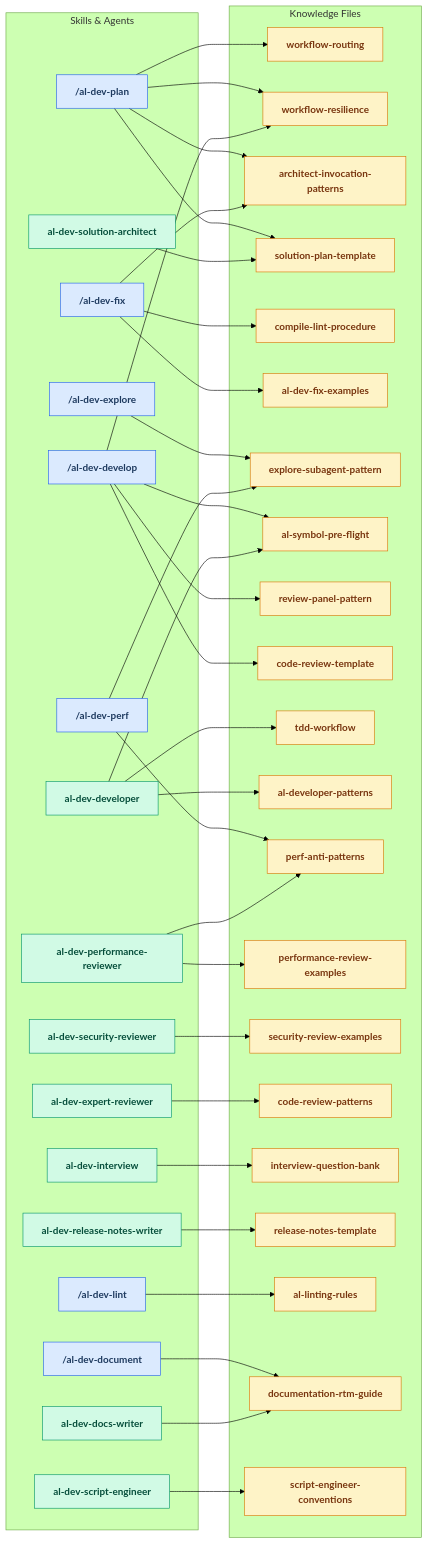
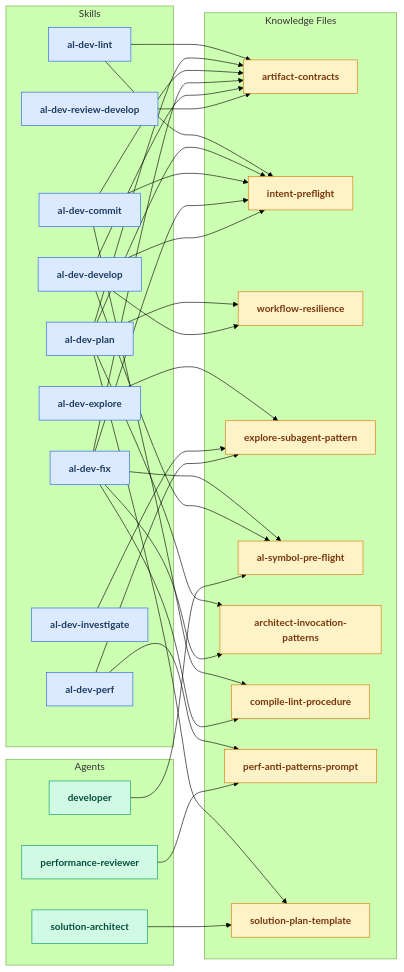
One commit to russell-laing/al-dev-shared changed the second of 2 diagrams in docs/al-dev-workflow-diagrams.md. Above: the diagram before and after it, drawn with Mermaid (forest theme). The commit also changed other lines of this file and 3 other files, not shown here.

First line of the commit message:
docs: commit plan file and pre-existing map/diagram updates

````diff
--- a/docs/al-dev-workflow-diagrams.md
+++ b/docs/al-dev-workflow-diagrams.md
@@ -115,118 +98,100 @@
     classDef agentNode fill:#d1fae5,stroke:#059669,color:#064e3b,font-weight:bold
     classDef knowledgeNode fill:#fef3c7,stroke:#d97706,color:#78350f,font-weight:bold
 
-    subgraph Sources[Skills & Agents]
-        al_dev_plan_s["/al-dev-plan"]
-        al_dev_fix_s["/al-dev-fix"]
-        al_dev_develop_s["/al-dev-develop"]
-        al_dev_lint_s["/al-dev-lint"]
-        al_dev_explore_s["/al-dev-explore"]
-        al_dev_perf_s["/al-dev-perf"]
-        al_dev_document_s["/al-dev-document"]
-        developer_a["al-dev-developer"]
-        solution_architect_a["al-dev-solution-architect"]
-        interview_a["al-dev-interview"]
-        release_notes_a["al-dev-release-notes-writer"]
-        security_review_a["al-dev-security-reviewer"]
-        expert_review_a["al-dev-expert-reviewer"]
-        perf_review_a["al-dev-performance-reviewer"]
-        script_engineer_a["al-dev-script-engineer"]
-        docs_writer_a["al-dev-docs-writer"]
+    subgraph Skills[Skills]
+        al_dev_commit2[al-dev-commit]
+        al_dev_develop2[al-dev-develop]
+        al_dev_explore2[al-dev-explore]
+        al_dev_fix2[al-dev-fix]
+        al_dev_investigate2[al-dev-investigate]
+        al_dev_lint2[al-dev-lint]
+        al_dev_perf2[al-dev-perf]
+        al_dev_plan2[al-dev-plan]
+        al_dev_review_develop2[al-dev-review-develop]
+    end
+
+    subgraph Agents[Agents]
+        ag_developer2[developer]
+        ag_perf_rev[performance-reviewer]
+        ag_architect2[solution-architect]
     end
 
     subgraph Knowledge[Knowledge Files]
-        workflow_routing["workflow-routing"]
-        workflow_resilience["workflow-resilience"]
-        architect_patterns["architect-invocation-patterns"]
-        solution_template["solution-plan-template"]
-        compile_lint["compile-lint-procedure"]
-        fix_examples["al-dev-fix-examples"]
-        explore_pattern["explore-subagent-pattern"]
-        symbol_preflight["al-symbol-pre-flight"]
-        review_panel["review-panel-pattern"]
-        code_review_template["code-review-template"]
-        tdd_workflow["tdd-workflow"]
-        al_patterns["al-developer-patterns"]
-        perf_patterns["perf-anti-patterns"]
-        perf_examples["performance-review-examples"]
-        security_examples["security-review-examples"]
-        code_review_patterns["code-review-patterns"]
-        interview_bank["interview-question-bank"]
-        release_template["release-notes-template"]
-        linting_rules["al-linting-rules"]
-        doc_rtm["documentation-rtm-guide"]
-        script_conventions["script-engineer-conventions"]
+        k_artifact[artifact-contracts]
+        k_intent[intent-preflight]
+        k_resilience[workflow-resilience]
+        k_explore[explore-subagent-pattern]
+        k_symbol[al-symbol-pre-flight]
+        k_architect[architect-invocation-patterns]
+        k_compile[compile-lint-procedure]
+        k_perf[perf-anti-patterns-prompt]
+        k_plan_template[solution-plan-template]
     end
 
-    %% Skills → Knowledge
-    al_dev_plan_s --> workflow_routing
-    al_dev_plan_s --> workflow_resilience
-    al_dev_plan_s --> architect_patterns
-    al_dev_plan_s --> solution_template
-    al_dev_fix_s --> compile_lint
-    al_dev_fix_s --> architect_patterns
-    al_dev_fix_s --> fix_examples
-    al_dev_develop_s --> workflow_resilience
-    al_dev_develop_s --> symbol_preflight
-    al_dev_develop_s --> review_panel
-    al_dev_develop_s --> code_review_template
-    al_dev_lint_s --> linting_rules
-    al_dev_explore_s --> explore_pattern
-    al_dev_perf_s --> explore_pattern
-    al_dev_perf_s --> perf_patterns
-    al_dev_document_s --> doc_rtm
+    %% artifact-contracts references
+    al_dev_lint2 --> k_artifact
+    al_dev_plan2 --> k_artifact
+    al_dev_commit2 --> k_artifact
+    al_dev_fix2 --> k_artifact
+    al_dev_develop2 --> k_artifact
+    al_dev_review_develop2 --> k_artifact
 
-    %% Agents → Knowledge
-    developer_a --> symbol_preflight
-    developer_a --> tdd_workflow
-    developer_a --> al_patterns
-    solution_architect_a --> solution_template
-    interview_a --> interview_bank
-    release_notes_a --> release_template
-    security_review_a --> security_examples
-    expert_review_a --> code_review_patterns
-    perf_review_a --> perf_patterns
-    perf_review_a --> perf_examples
-    script_engineer_a --> script_conventions
-    docs_writer_a --> doc_rtm
+    %% intent-preflight references
+    al_dev_lint2 --> k_intent
+    al_dev_plan2 --> k_intent
+    al_dev_commit2 --> k_intent
+    al_dev_fix2 --> k_intent
+    al_dev_develop2 --> k_intent
 
-    class al_dev_plan_s skillNode
-    class al_dev_fix_s skillNode
-    class al_dev_develop_s skillNode
-    class al_dev_lint_s skillNode
-    class al_dev_explore_s skillNode
-    class al_dev_perf_s skillNode
-    class al_dev_document_s skillNode
+    %% workflow-resilience references
+    al_dev_plan2 --> k_resilience
+    al_dev_develop2 --> k_resilience
 
-    class developer_a agentNode
-    class solution_architect_a agentNode
-    class interview_a agentNode
-    class release_notes_a agentNode
-    class security_review_a agentNode
-    class expert_review_a agentNode
-    class perf_review_a agentNode
-    class script_engineer_a agentNode
-    class docs_writer_a agentNode
+    %% explore-subagent-pattern references
+    al_dev_explore2 --> k_explore
+    al_dev_investigate2 --> k_explore
+    al_dev_perf2 --> k_explore
 
-    class workflow_routing knowledgeNode
-    class workflow_resilience knowledgeNode
-    class architect_patterns knowledgeNode
-    class solution_template knowledgeNode
-    class compile_lint knowledgeNode
-    class fix_examples knowledgeNode
-    class explore_pattern knowledgeNode
-    class symbol_preflight knowledgeNode
-    class review_panel knowledgeNode
-    class code_review_template knowledgeNode
-    class tdd_workflow knowledgeNode
-    class al_patterns knowledgeNode
-    class perf_patterns knowledgeNode
-    class perf_examples knowledgeNode
-    class security_examples knowledgeNode
-    class code_review_patterns knowledgeNode
-    class interview_bank knowledgeNode
-    class release_template knowledgeNode
-    class linting_rules knowledgeNode
-    class doc_rtm knowledgeNode
-    class script_conventions knowledgeNode
+    %% al-symbol-pre-flight references
+    al_dev_fix2 --> k_symbol
+    al_dev_develop2 --> k_symbol
+    ag_developer2 --> k_symbol
+
+    %% architect-invocation-patterns references
+    al_dev_plan2 --> k_architect
+    al_dev_fix2 --> k_architect
+
+    %% compile-lint-procedure references
+    al_dev_commit2 --> k_compile
+    al_dev_fix2 --> k_compile
+
+    %% perf-anti-patterns-prompt references
+    al_dev_perf2 --> k_perf
+    ag_perf_rev --> k_perf
+
+    %% solution-plan-template references
+    al_dev_plan2 --> k_plan_template
+    ag_architect2 --> k_plan_template
+
+    class al_dev_commit2 skillNode
+    class al_dev_develop2 skillNode
+    class al_dev_explore2 skillNode
+    class al_dev_fix2 skillNode
+    class al_dev_investigate2 skillNode
+    class al_dev_lint2 skillNode
+    class al_dev_perf2 skillNode
+    class al_dev_plan2 skillNode
+    class al_dev_review_develop2 skillNode
+    class ag_developer2 agentNode
+    class ag_perf_rev agentNode
+    class ag_architect2 agentNode
+    class k_artifact knowledgeNode
+    class k_intent knowledgeNode
+    class k_resilience knowledgeNode
+    class k_explore knowledgeNode
+    class k_symbol knowledgeNode
+    class k_architect knowledgeNode
+    class k_compile knowledgeNode
+    class k_perf knowledgeNode
+    class k_plan_template knowledgeNode
 ```
````
